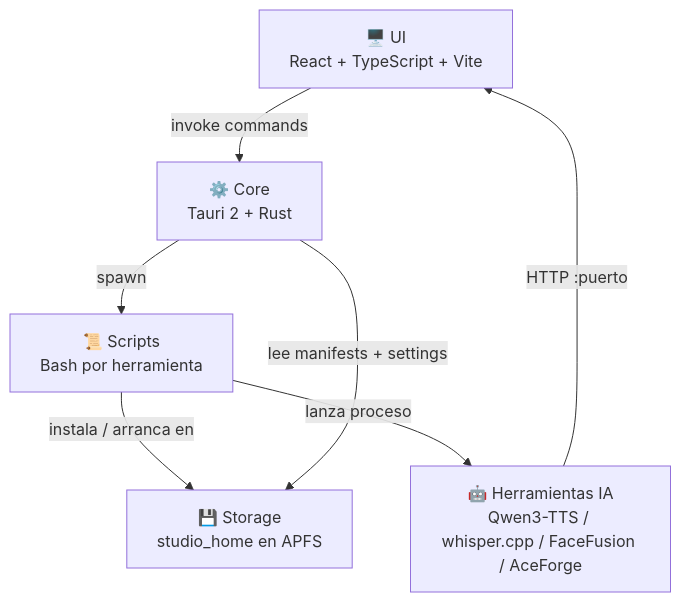
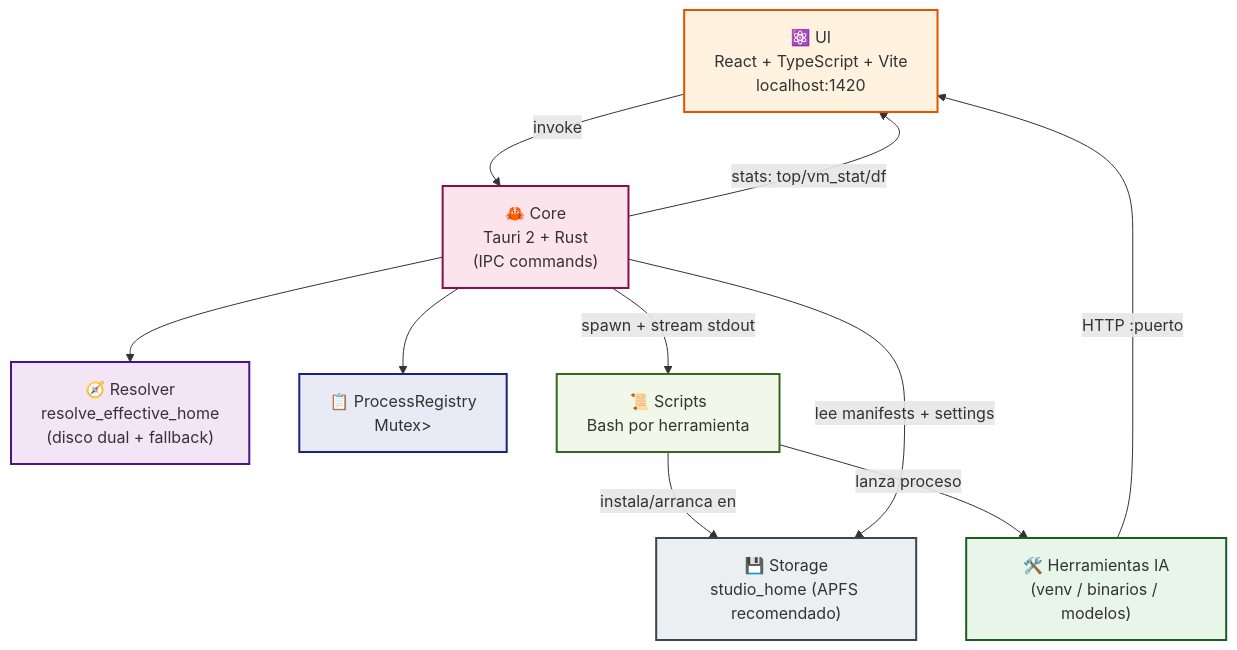
Before and after one commit to vladimiracunadev-create/chofyai-studio: the first of 3 diagrams in docs/architecture.md, drawn with Mermaid. The commit also changed other lines of this file and 20 other files, not shown here.

````diff
--- a/docs/architecture.md
+++ b/docs/architecture.md
@@ -16,15 +27,28 @@
 ```mermaid
 flowchart TD
-    UI["🖥️ UI\nReact + TypeScript + Vite"]
-    Core["⚙️ Core\nTauri 2 + Rust"]
-    Scripts["📜 Scripts\nBash por herramienta"]
-    Tools["🤖 Herramientas IA\nQwen3-TTS / whisper.cpp / FaceFusion / AceForge"]
-    Storage["💾 Storage\nstudio_home en APFS"]
+    UI["⚛️ UI<br/>React + TypeScript + Vite<br/>localhost:1420"]
+    Core["🦀 Core<br/>Tauri 2 + Rust<br/>(IPC commands)"]
+    Resolver["🧭 Resolver<br/>resolve_effective_home<br/>(disco dual + fallback)"]
+    Registry["📋 ProcessRegistry<br/>Mutex<HashMap<id, pid>>"]
+    Scripts["📜 Scripts<br/>Bash por herramienta"]
+    Tools["🛠️ Herramientas IA<br/>(venv / binarios / modelos)"]
+    Storage["💾 Storage<br/>studio_home (APFS recomendado)"]
 
-    UI -->|"invoke commands"| Core
-    Core -->|"spawn"| Scripts
-    Scripts -->|"instala / arranca en"| Storage
-    Scripts -->|"lanza proceso"| Tools
-    Tools -->|"HTTP :puerto"| UI
-    Core -->|"lee manifests + settings"| Storage
+    UI -->|invoke| Core
+    Core --> Resolver
+    Core --> Registry
+    Core -->|spawn + stream stdout| Scripts
+    Scripts -->|instala/arranca en| Storage
+    Scripts -->|lanza proceso| Tools
+    Tools -->|HTTP :puerto| UI
+    Core -->|lee manifests + settings| Storage
+    Core -->|stats: top/vm_stat/df| UI
+
+    style UI fill:#fff3e0,stroke:#e65100,stroke-width:2px
+    style Core fill:#fce4ec,stroke:#880e4f,stroke-width:2px
+    style Resolver fill:#f3e5f5,stroke:#4a148c,stroke-width:2px
+    style Registry fill:#e8eaf6,stroke:#1a237e,stroke-width:2px
+    style Scripts fill:#f1f8e9,stroke:#33691e,stroke-width:2px
+    style Tools fill:#e8f5e9,stroke:#1b5e20,stroke-width:2px
+    style Storage fill:#eceff1,stroke:#37474f,stroke-width:2px
 ```
````
